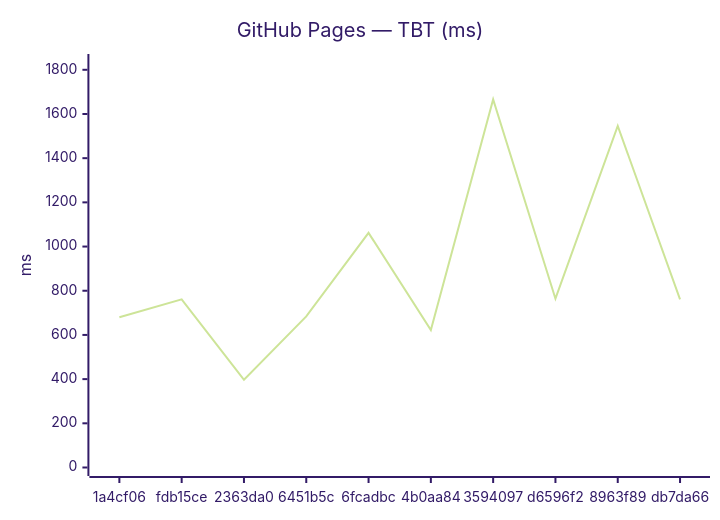
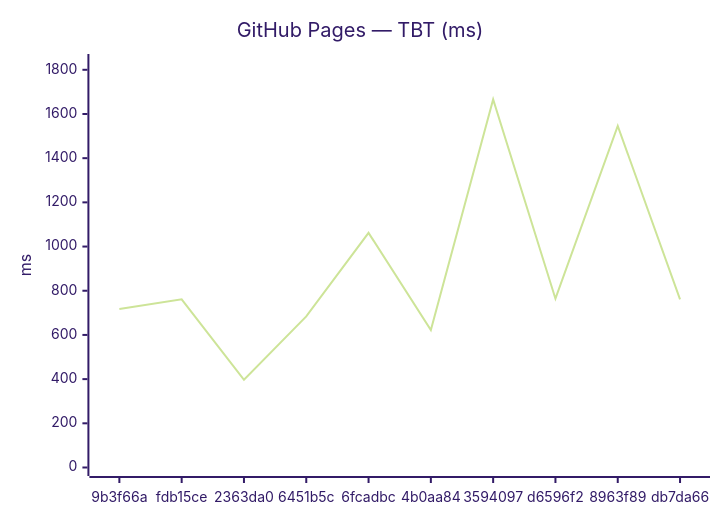
One commit to Metaheurist/Rianell changed the fourth of 12 diagrams in benchmarks/compare.md. Above: the diagram before and after it, drawn with Mermaid (forest theme). The commit also changed other lines of this file and 8 other files, not shown here.

````diff
--- a/benchmarks/compare.md
+++ b/benchmarks/compare.md
@@ -61,7 +61,7 @@
 ```mermaid
 xychart-beta
     title "GitHub Pages — TBT (ms)"
-    x-axis ["1a4cf06", "fdb15ce", "2363da0", "6451b5c", "6fcadbc", "4b0aa84", "3594097", "d6596f2", "8963f89", "db7da66"]
+    x-axis ["9b3f66a", "fdb15ce", "2363da0", "6451b5c", "6fcadbc", "4b0aa84", "3594097", "d6596f2", "8963f89", "db7da66"]
     y-axis "ms" 0 --> 1833
-    line [680, 761, 397, 684, 1062, 622, 1666, 764, 1546, 761]
+    line [717, 761, 397, 684, 1062, 622, 1666, 764, 1546, 761]
 ```
````
